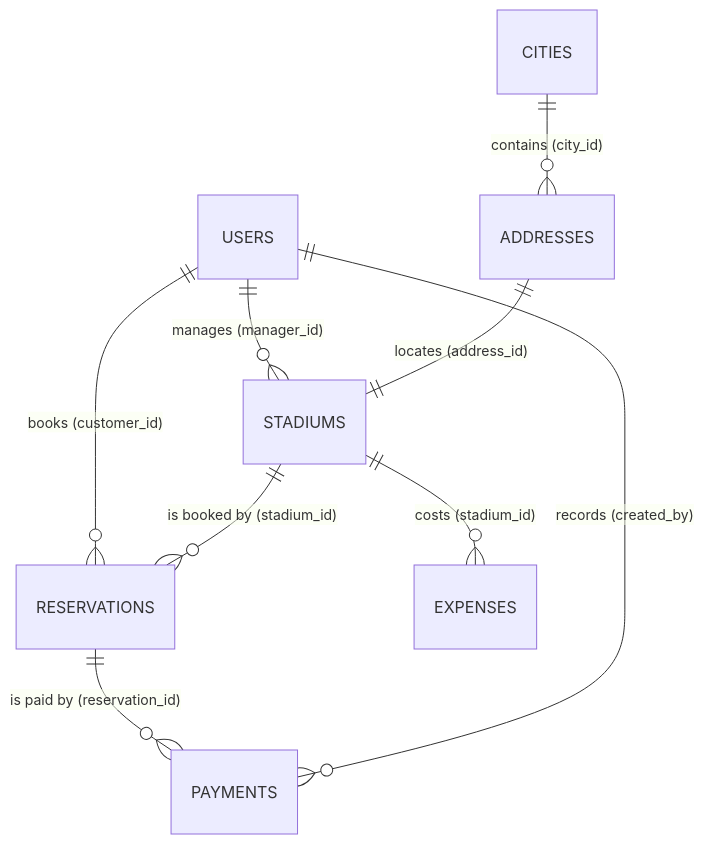
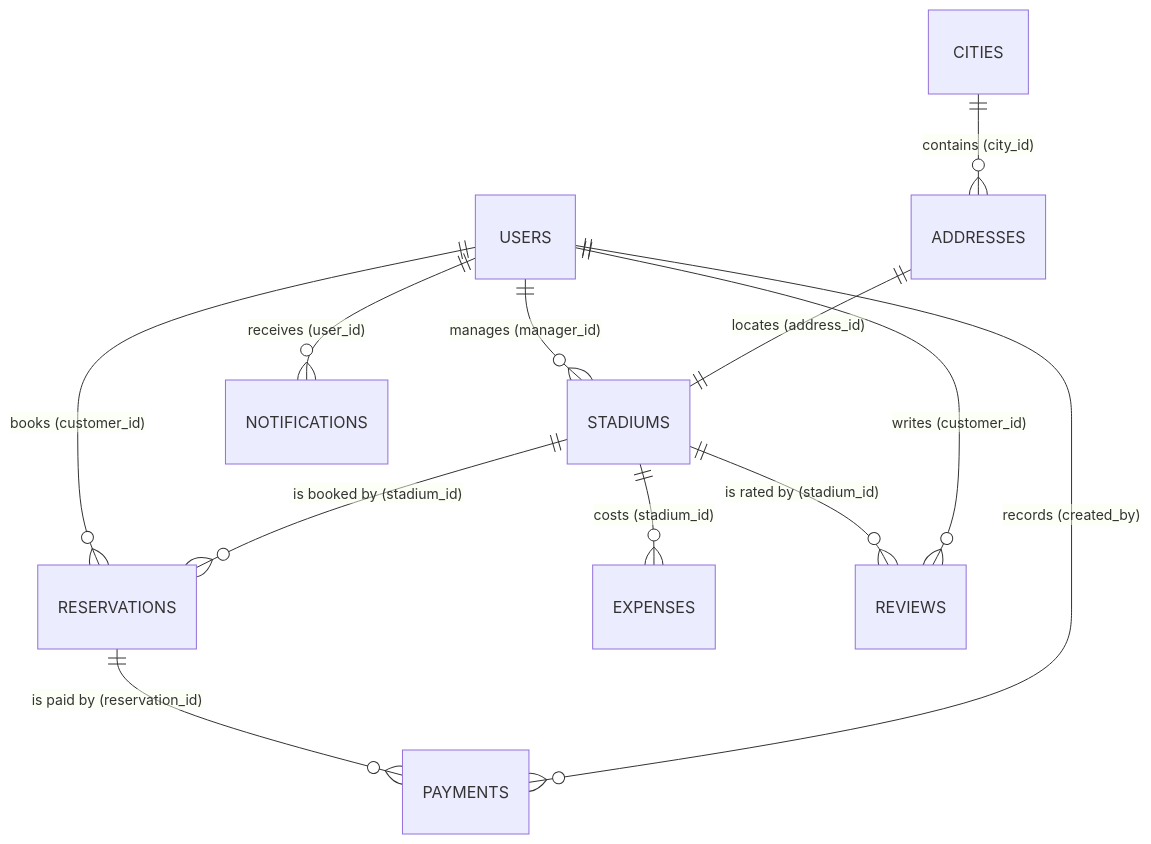
The diagram in server/models/README.md (HussainALAradi5/studium_reservation_management_docs), drawn with Mermaid before and after one commit. The commit also changed other lines of this file and 25 other files, not shown here.

First line of the commit message:
Document notifications, reviews, uniqueness, tests, and the test report

````diff
--- a/server/models/README.md
+++ b/server/models/README.md
@@ -22,11 +24,14 @@
 ```mermaid
 erDiagram
     USERS ||--o{ STADIUMS : "manages (manager_id)"
     USERS ||--o{ RESERVATIONS : "books (customer_id)"
     CITIES ||--o{ ADDRESSES : "contains (city_id)"
     ADDRESSES ||--|| STADIUMS : "locates (address_id)"
     STADIUMS ||--o{ RESERVATIONS : "is booked by (stadium_id)"
     RESERVATIONS ||--o{ PAYMENTS : "is paid by (reservation_id)"
     STADIUMS ||--o{ EXPENSES : "costs (stadium_id)"
     USERS ||--o{ PAYMENTS : "records (created_by)"
+    USERS ||--o{ NOTIFICATIONS : "receives (user_id)"
+    STADIUMS ||--o{ REVIEWS : "is rated by (stadium_id)"
+    USERS ||--o{ REVIEWS : "writes (customer_id)"
 ```
````
